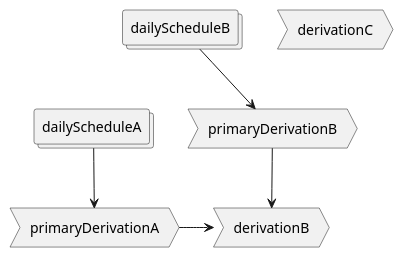
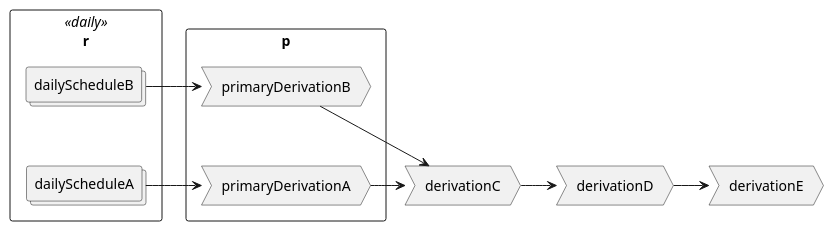
Before and after one commit to sergeyzolotukhin/learn-java-gradle: the diagram in docs/ge/derivaion.puml, drawn with PlantUML.

Commit message:
exit (spring-security csrf filter basic auth)

```diff
--- a/docs/ge/derivaion.puml
+++ b/docs/ge/derivaion.puml
@@ -1,31 +1,32 @@
 @startuml
 'https://plantuml.com/deployment-diagram
 
 'left to right direction
 
-'together {
+rectangle r <<daily>> {
     collections dailyScheduleA
     collections dailyScheduleB
-'}
-
+}
 dailyScheduleA -up[hidden]-> dailyScheduleB
 
-'together {
-    process primaryDerivationA
-    process primaryDerivationB
-'}
+rectangle p {
+process primaryDerivationA
+process primaryDerivationB
+}
 
-process derivationB
+primaryDerivationA -up[hidden]-> primaryDerivationB
+dailyScheduleA -> primaryDerivationA
+dailyScheduleB -> primaryDerivationB
+
+'process derivationB
 process derivationC
+process derivationD
+process derivationE
 
+primaryDerivationA -> derivationC
+primaryDerivationB -> derivationC
 
-
-dailyScheduleA --> primaryDerivationA
-dailyScheduleB --> primaryDerivationB
-
-primaryDerivationA -> derivationB
-primaryDerivationB -> derivationB
-
-
+derivationC -> derivationD
+derivationD -> derivationE
 
 @enduml
```
